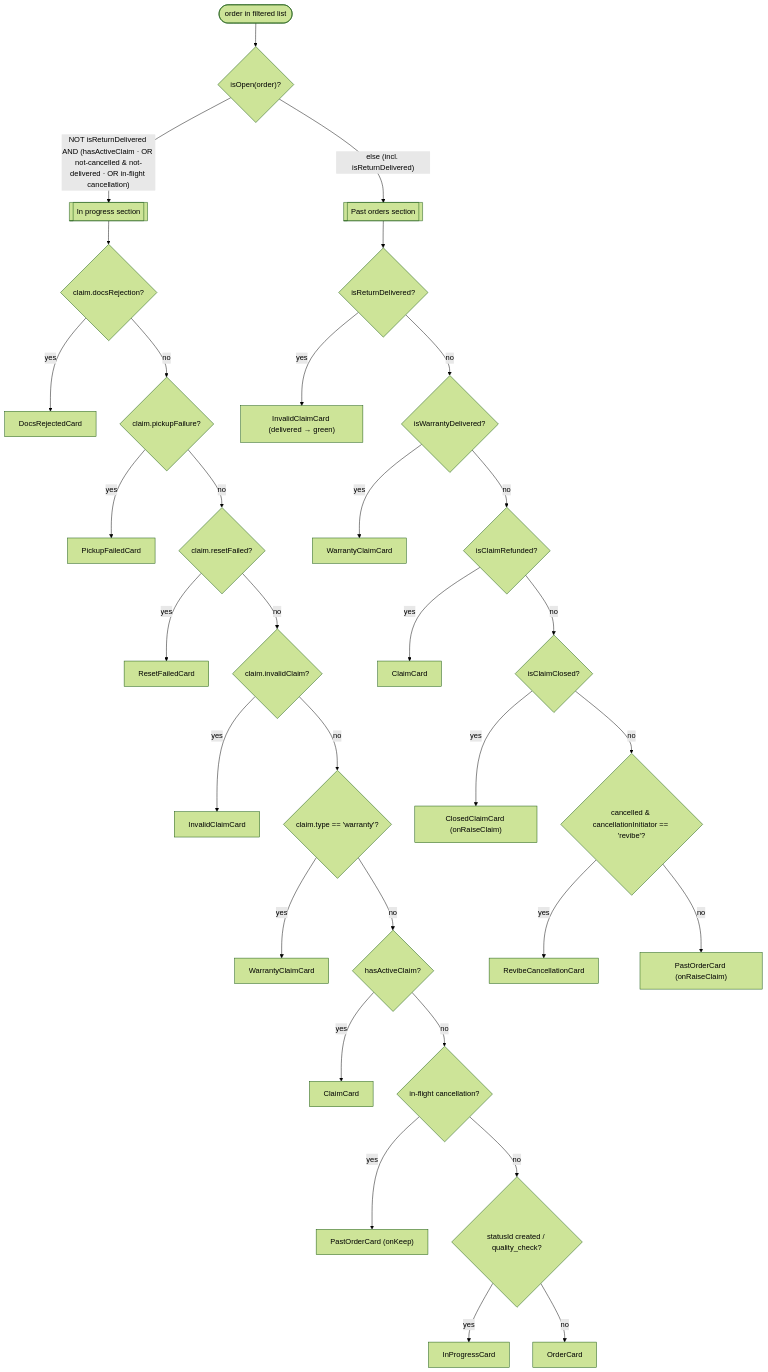
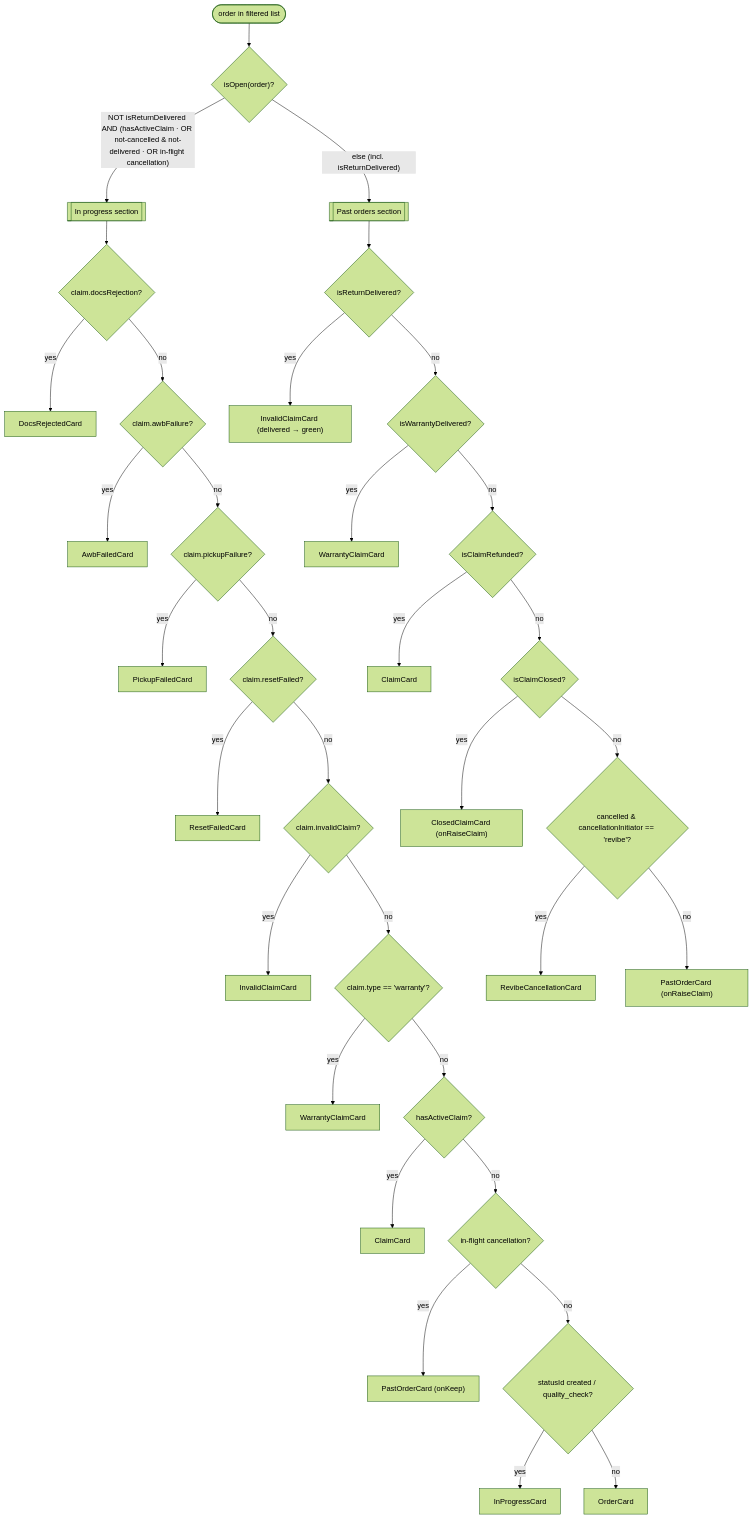
Before and after one commit to andrea-revibe/my-account-redesign-v2: the first of 3 diagrams in docs/output/diagrams.md, drawn with Mermaid (forest theme). The commit also changed other lines of this file and 13 other files, not shown here.

````diff
--- a/docs/output/diagrams.md
+++ b/docs/output/diagrams.md
@@ -25,36 +25,38 @@
 ```mermaid
 flowchart TD
   start(["order in filtered list"]) --> isOpen{"isOpen(order)?"}
   isOpen -- "NOT isReturnDelivered AND (hasActiveClaim · OR not-cancelled & not-delivered · OR in-flight cancellation)" --> IP[["In progress section"]]
   isOpen -- "else (incl. isReturnDelivered)" --> PAST[["Past orders section"]]
 
   IP --> ip1{"claim.docsRejection?"}
   ip1 -- yes --> DocsRejectedCard
-  ip1 -- no --> ip2{"claim.pickupFailure?"}
+  ip1 -- no --> ip1a{"claim.awbFailure?"}
+  ip1a -- yes --> AwbFailedCard
+  ip1a -- no --> ip2{"claim.pickupFailure?"}
   ip2 -- yes --> PickupFailedCard
   ip2 -- no --> ip3{"claim.resetFailed?"}
   ip3 -- yes --> ResetFailedCard
   ip3 -- no --> ip4{"claim.invalidClaim?"}
   ip4 -- yes --> InvalidClaimCard
   ip4 -- no --> ip5{"claim.type == 'warranty'?"}
   ip5 -- yes --> WCI["WarrantyClaimCard"]
   ip5 -- no --> ip6{"hasActiveClaim?"}
   ip6 -- yes --> CCI["ClaimCard"]
   ip6 -- no --> ip7{"in-flight cancellation?"}
   ip7 -- yes --> POK["PastOrderCard (onKeep)"]
   ip7 -- no --> ip8{"statusId created / quality_check?"}
   ip8 -- yes --> InProgressCard
   ip8 -- no --> OrderCard
 
   PAST --> p0{"isReturnDelivered?"}
   p0 -- yes --> ICP["InvalidClaimCard (delivered → green)"]
   p0 -- no --> p1{"isWarrantyDelivered?"}
   p1 -- yes --> WCP["WarrantyClaimCard"]
   p1 -- no --> p2{"isClaimRefunded?"}
   p2 -- yes --> CCP["ClaimCard"]
   p2 -- no --> p2b{"isClaimClosed?"}
   p2b -- yes --> CLC["ClosedClaimCard (onRaiseClaim)"]
   p2b -- no --> p3{"cancelled &amp; cancellationInitiator == 'revibe'?"}
   p3 -- yes --> RCC["RevibeCancellationCard"]
   p3 -- no --> POC["PastOrderCard (onRaiseClaim)"]
 ```
````
